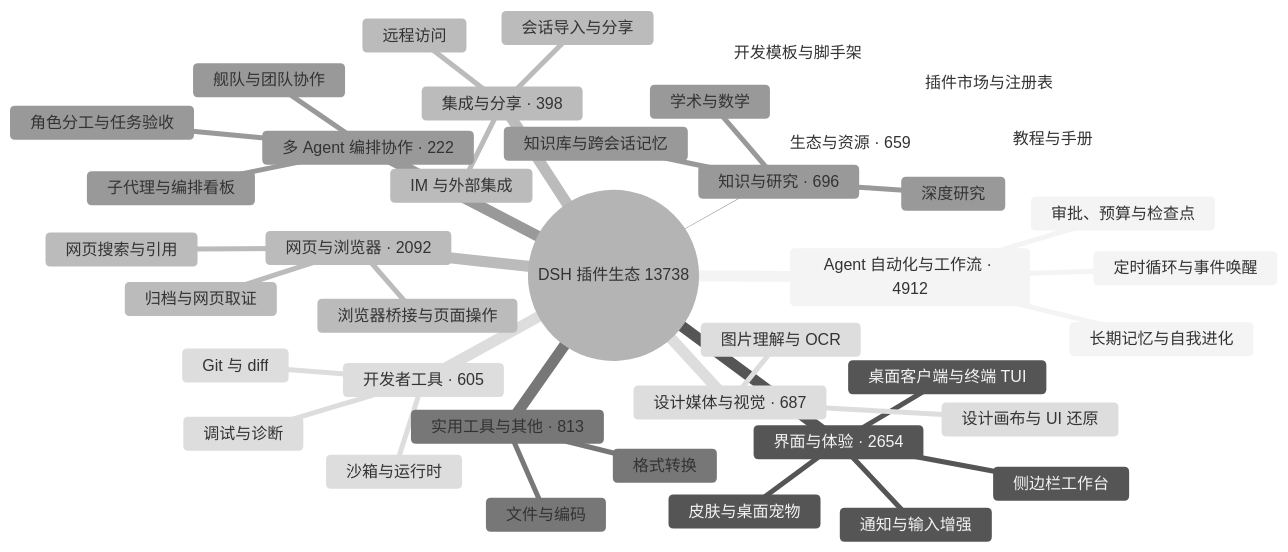
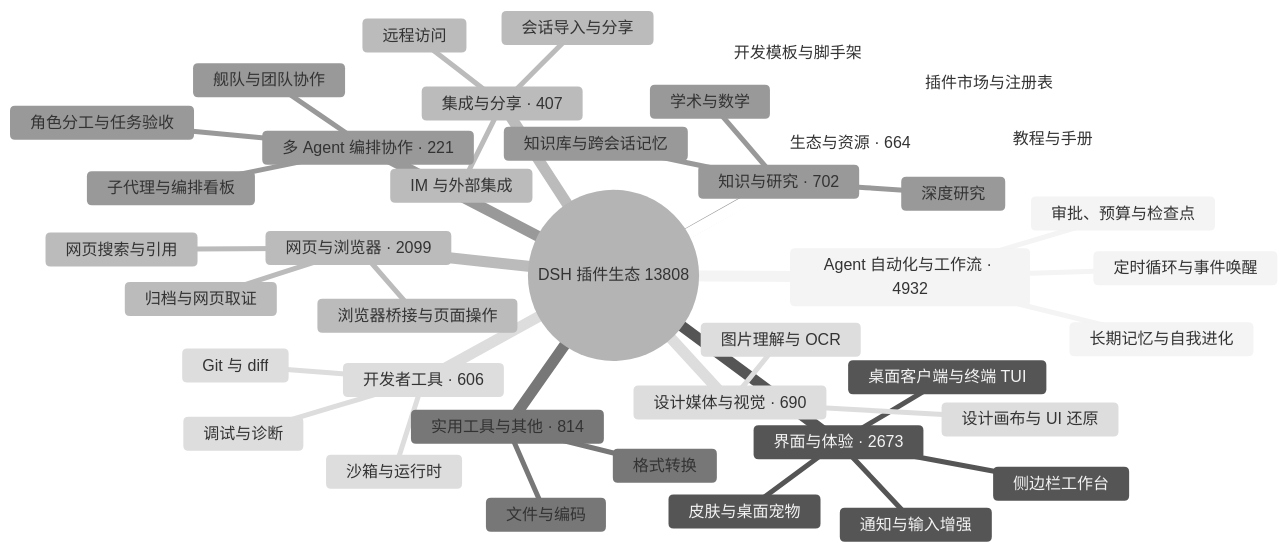
One commit to bruc3van/awesome-dsh-plugin changed the diagram in README.md. Above: the diagram before and after it, drawn with Mermaid (neutral theme). The commit also changed other lines of this file and 20 other files, not shown here.

````diff
--- a/README.md
+++ b/README.md
@@ -32,43 +32,43 @@
 ```mermaid
 mindmap
-  root((DSH 插件生态 13738))
-    Agent 自动化与工作流 · 4912
+  root((DSH 插件生态 13808))
+    Agent 自动化与工作流 · 4932
       定时循环与事件唤醒
       长期记忆与自我进化
       审批、预算与检查点
-    界面与体验 · 2654
+    界面与体验 · 2673
       桌面客户端与终端 TUI
       侧边栏工作台
       皮肤与桌面宠物
       通知与输入增强
-    网页与浏览器 · 2092
+    网页与浏览器 · 2099
       浏览器桥接与页面操作
       网页搜索与引用
       归档与网页取证
-    实用工具与其他 · 813
+    实用工具与其他 · 814
       文件与编码
       格式转换
-    知识与研究 · 696
+    知识与研究 · 702
       知识库与跨会话记忆
       深度研究
       学术与数学
-    设计媒体与视觉 · 687
+    设计媒体与视觉 · 690
       图片理解与 OCR
       设计画布与 UI 还原
-    生态与资源 · 659
+    生态与资源 · 664
       插件市场与注册表
       开发模板与脚手架
       教程与手册
-    开发者工具 · 605
+    开发者工具 · 606
       Git 与 diff
       沙箱与运行时
       调试与诊断
-    集成与分享 · 398
+    集成与分享 · 407
       会话导入与分享
       远程访问
       IM 与外部集成
-    多 Agent 编排协作 · 222
+    多 Agent 编排协作 · 221
       子代理与编排看板
       舰队与团队协作
       角色分工与任务验收
 ```
````
